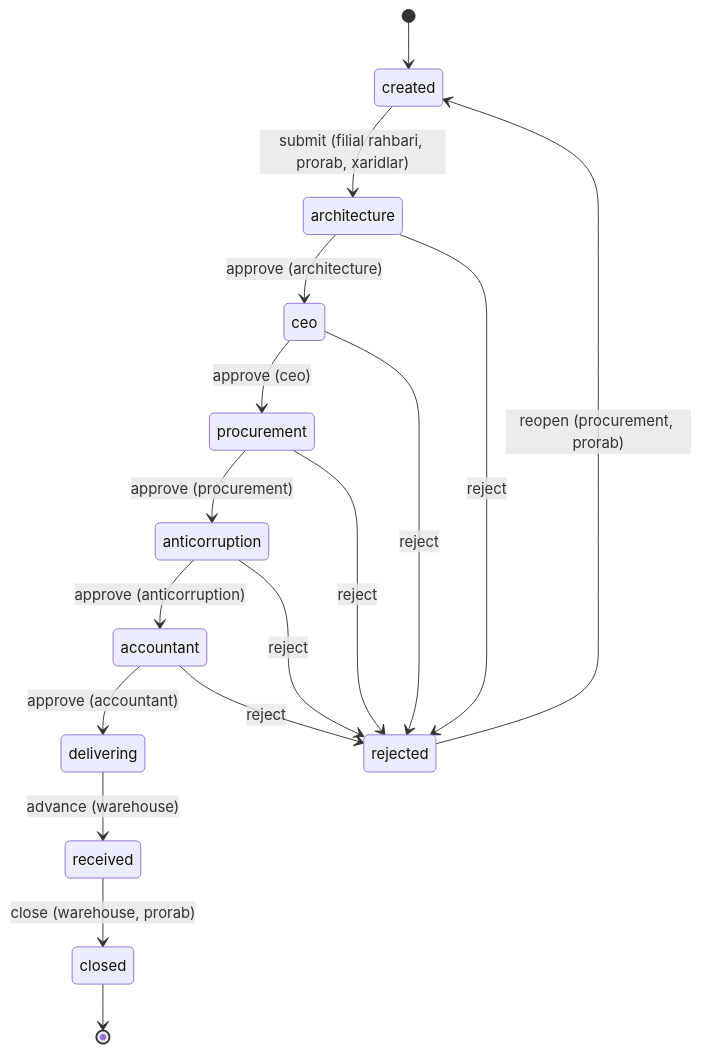
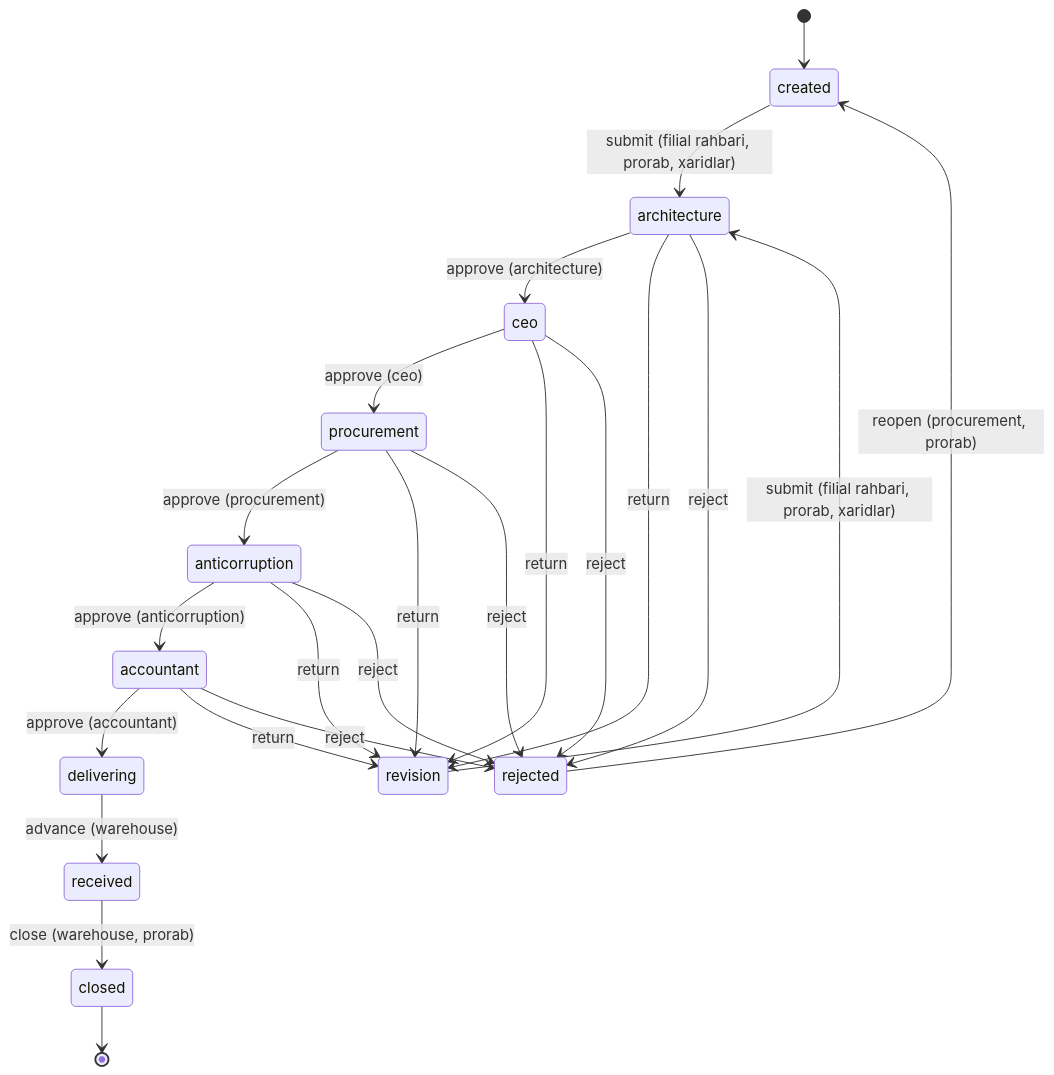
One commit to muslimbek77/e-ombor changed the second of 2 diagrams in README.md. Above: the diagram before and after it, drawn with Mermaid. The commit also changed other lines of this file and 18 other files, not shown here.

````diff
--- a/README.md
+++ b/README.md
@@ -99,19 +101,25 @@
 ```mermaid
 stateDiagram-v2
     [*] --> created
     created --> architecture: submit (filial rahbari, prorab, xaridlar)
+    revision --> architecture: submit (filial rahbari, prorab, xaridlar)
     architecture --> ceo: approve (architecture)
+    architecture --> revision: return
     architecture --> rejected: reject
     ceo --> procurement: approve (ceo)
+    ceo --> revision: return
     ceo --> rejected: reject
     procurement --> anticorruption: approve (procurement)
+    procurement --> revision: return
     procurement --> rejected: reject
     anticorruption --> accountant: approve (anticorruption)
+    anticorruption --> revision: return
     anticorruption --> rejected: reject
     accountant --> delivering: approve (accountant)
+    accountant --> revision: return
     accountant --> rejected: reject
     delivering --> received: advance (warehouse)
     received --> closed: close (warehouse, prorab)
     rejected --> created: reopen (procurement, prorab)
     closed --> [*]
 ```
````
